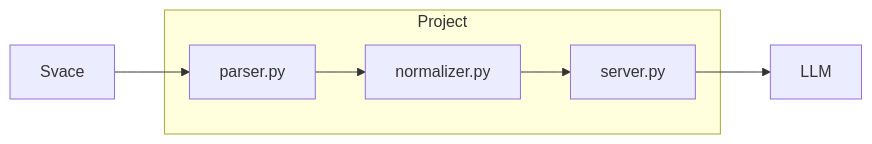
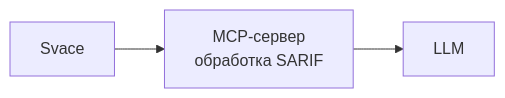
One commit to Otto-7/mcp changed the first of 2 diagrams in docs/architecture.md. Above: the diagram before and after it, drawn with Mermaid.

Commit message:
Revise architecture diagram for MCP server
Updated architecture diagram to reflect new system structure.

````diff
--- a/docs/architecture.md
+++ b/docs/architecture.md
@@ -3,16 +3,4 @@
 ```mermaid
 flowchart LR
-    Svace["Svace"]
-    LLM["LLM"]
-
-    subgraph System["Project"]
-        Parser["parser.py"]
-        Normalizer["normalizer.py"]
-        Server["server.py"]
-        Parser --> Normalizer
-        Normalizer --> Server
-    end
-
-    Svace --> Parser
-    Server --> LLM
+    Svace["Svace"] --> System["MCP-сервер<br/>обработка SARIF"] --> LLM["LLM"]
 ```
````
